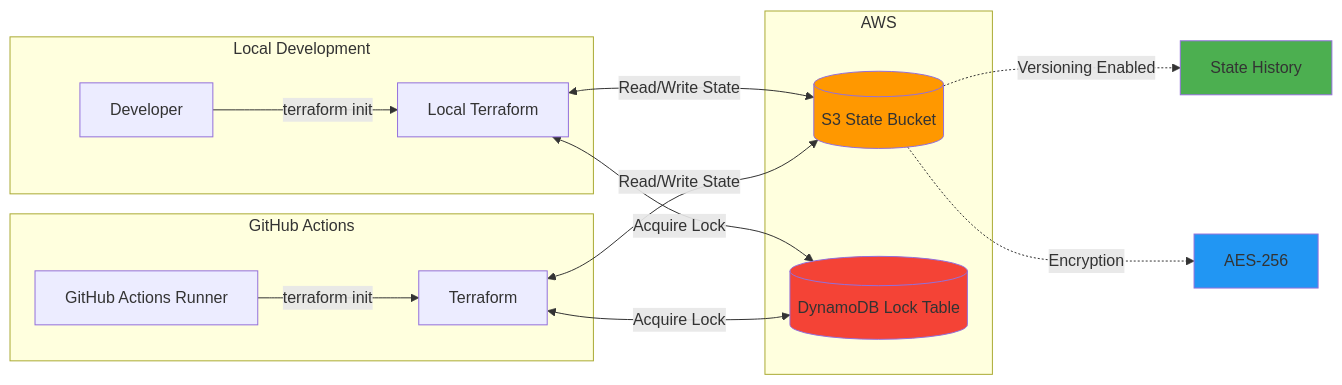
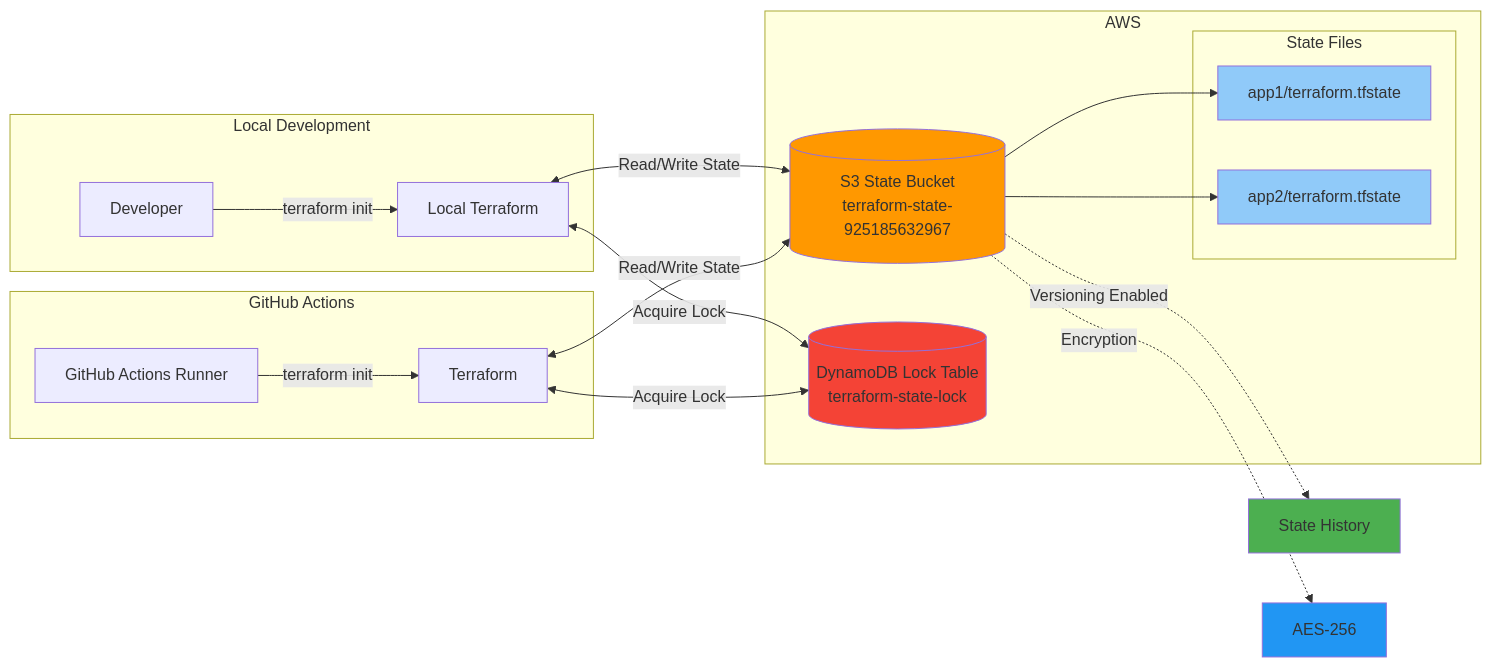
Before and after one commit to vegatros/repo1: diagram 14 of 14 in DIAGRAMS.md, drawn with Mermaid. The commit also changed other lines of this file, not shown here.

Commit message:
Update DIAGRAMS.md with app2 EKS architecture

````diff
--- a/DIAGRAMS.md
+++ b/DIAGRAMS.md
@@ -538,33 +609,43 @@
 ```mermaid
 graph LR
     subgraph Local Development
         Dev[Developer]
         Local[Local Terraform]
     end
     
     subgraph GitHub Actions
         GHA[GitHub Actions Runner]
         TF[Terraform]
     end
     
     subgraph AWS
-        S3[(S3 State Bucket)]
-        Lock[(DynamoDB Lock Table)]
+        S3[(S3 State Bucket<br/>terraform-state-925185632967)]
+        Lock[(DynamoDB Lock Table<br/>terraform-state-lock)]
+        
+        subgraph State Files
+            S1[app1/terraform.tfstate]
+            S2[app2/terraform.tfstate]
+        end
     end
     
     Dev -->|terraform init| Local
     Local <-->|Read/Write State| S3
     Local <-->|Acquire Lock| Lock
     
     GHA -->|terraform init| TF
     TF <-->|Read/Write State| S3
     TF <-->|Acquire Lock| Lock
     
+    S3 --> S1
+    S3 --> S2
+    
     S3 -.->|Versioning Enabled| S3V[State History]
     S3 -.->|Encryption| S3E[AES-256]
     
     style S3 fill:#ff9800
     style Lock fill:#f44336
     style S3V fill:#4caf50
     style S3E fill:#2196f3
+    style S1 fill:#90caf9
+    style S2 fill:#90caf9
 ```
````
